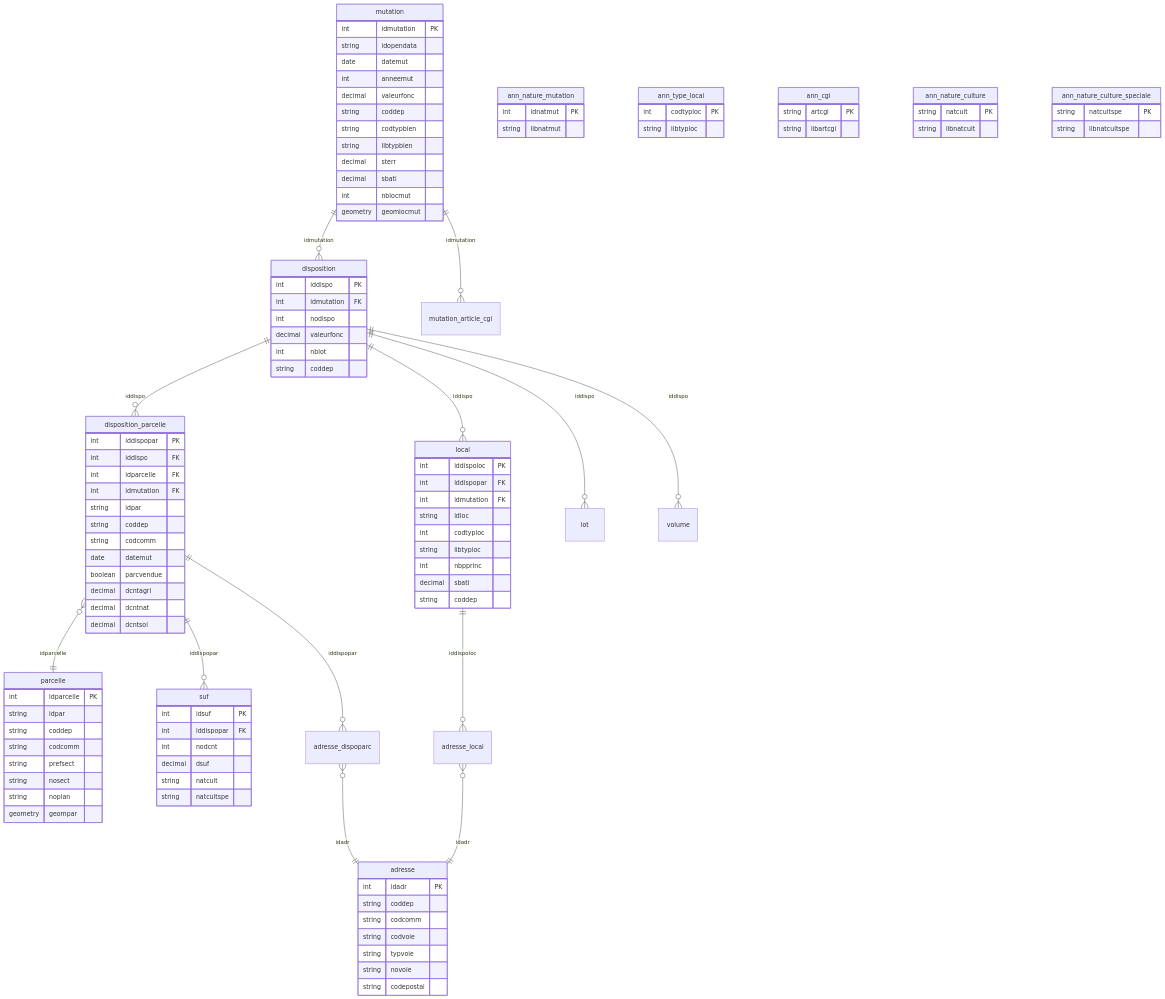
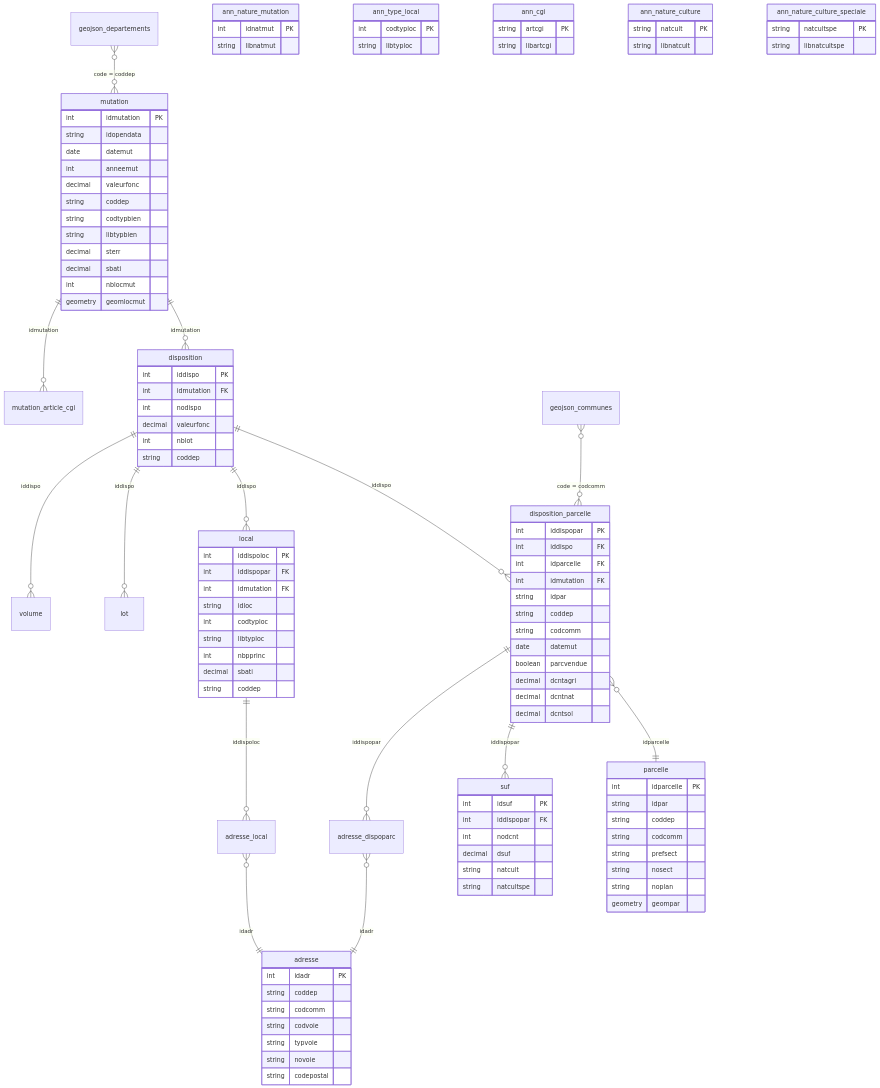
One commit to ultragenix/valeurs-foncieres-analytics changed the diagram in docs/DATA_SOURCES.md. Above: the diagram before and after it, drawn with Mermaid. The commit also changed other lines of this file and 1 other file, not shown here.

```diff
--- a/docs/DATA_SOURCES.md
+++ b/docs/DATA_SOURCES.md
@@ -69,6 +121,8 @@
     local ||--o{ adresse_local : "iddispoloc"
     adresse_dispoparc }o--|| adresse : "idadr"
     adresse_local }o--|| adresse : "idadr"
+    geojson_departements }o--o{ mutation : "code = coddep"
+    geojson_communes }o--o{ disposition_parcelle : "code = codcomm"
 
     mutation {
         int idmutation PK
```
